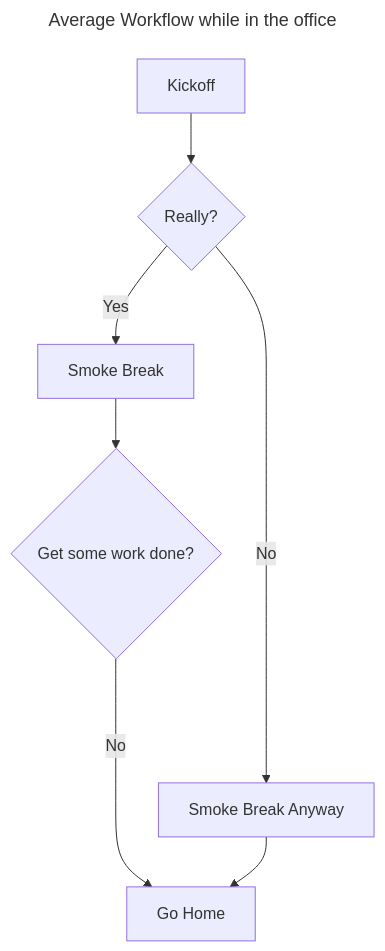
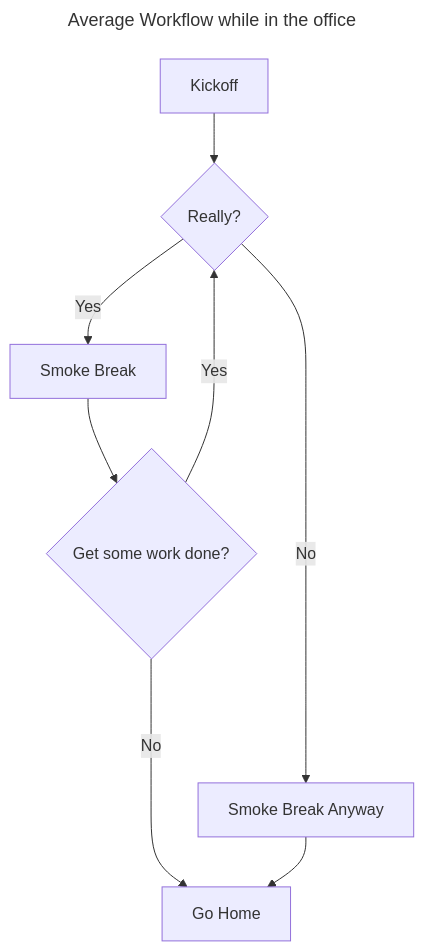
One commit to EricTelekom/EricTelekom changed the second of 2 diagrams in README.md. Above: the diagram before and after it, drawn with Mermaid.

````diff
--- a/README.md
+++ b/README.md
@@ -24,12 +24,13 @@
 ```mermaid
 ---
 title: Average Workflow while in the office
 ---
 flowchart TD
     A[Kickoff] --> B{Really?}
     B -->|Yes| C[Smoke Break]
     C --> D{Get some work done?}
     D ---->|No| E[Go Home]
     B ---->|No| F[Smoke Break Anyway]
     F --> E
+    D -->|Yes| B
 ```
````
